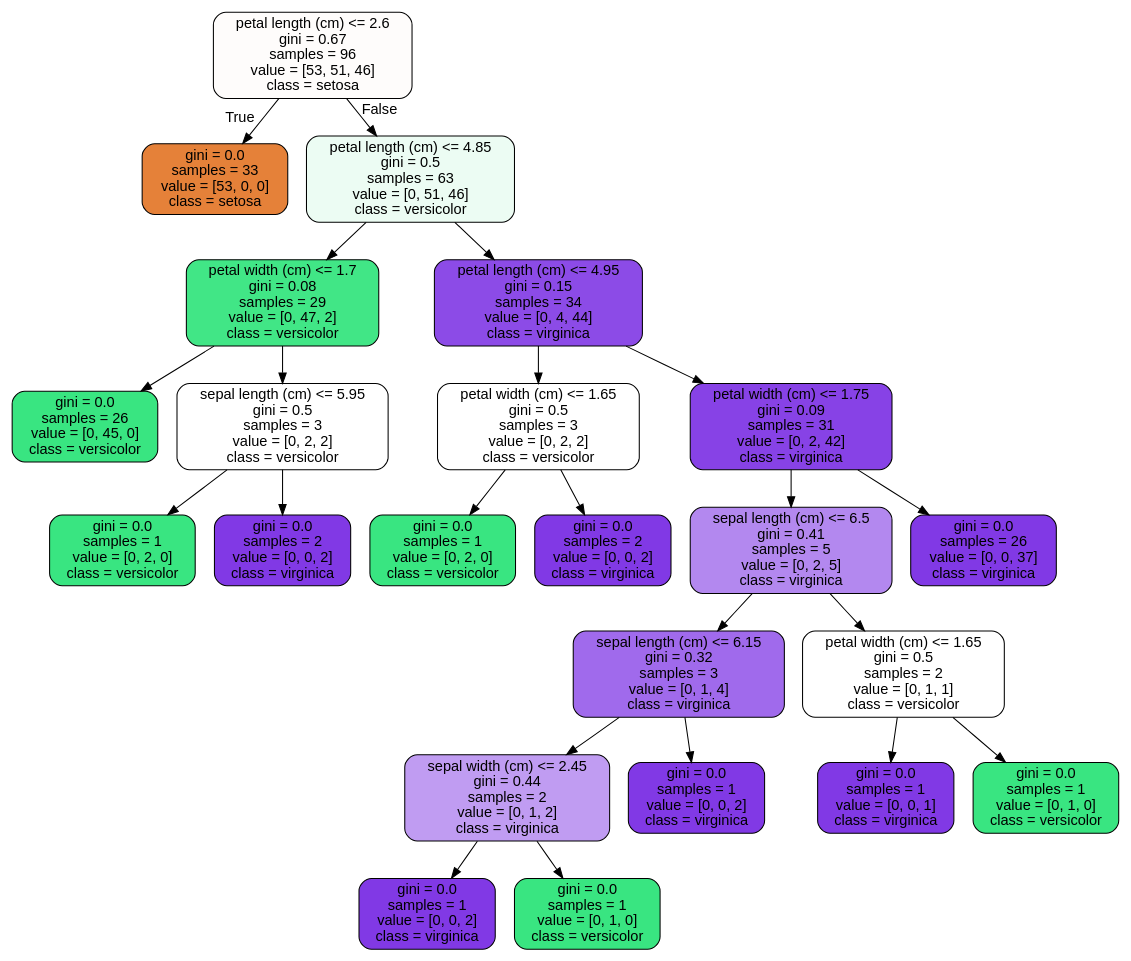
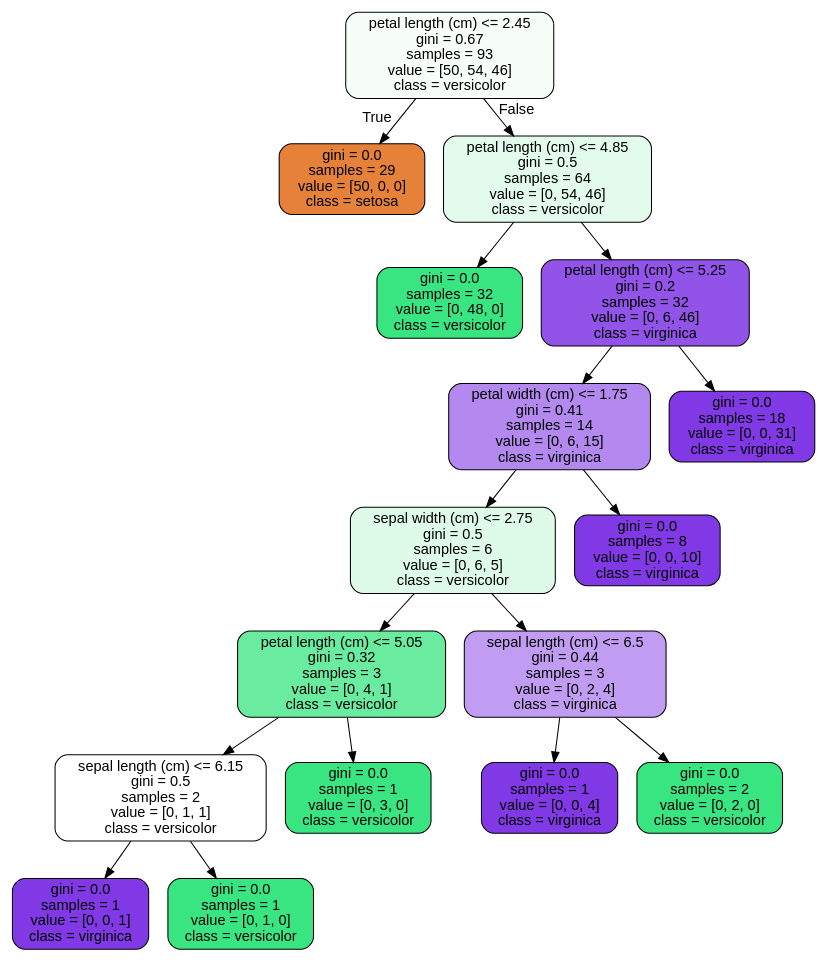
Before and after one commit to OCD0505/Springboard: the diagram in Springboard - Unit 14.4 - RandomForest Covid Case Study_06302020/tree.dot, drawn with Graphviz. The commit also changed 2 other files, not shown here.

```diff
--- a/Springboard - Unit 14.4 - RandomForest Covid Case Study_06302020/tree.dot
+++ b/Springboard - Unit 14.4 - RandomForest Covid Case Study_06302020/tree.dot
@@ -1,49 +1,37 @@
 digraph Tree {
 node [shape=box, style="filled, rounded", color="black", fontname="helvetica"] ;
 edge [fontname="helvetica"] ;
-0 [label="petal length (cm) <= 2.6\ngini = 0.67\nsamples = 96\nvalue = [53, 51, 46]\nclass = setosa", fillcolor="#fefcfb"] ;
-1 [label="gini = 0.0\nsamples = 33\nvalue = [53, 0, 0]\nclass = setosa", fillcolor="#e58139"] ;
+0 [label="petal length (cm) <= 2.45\ngini = 0.67\nsamples = 93\nvalue = [50, 54, 46]\nclass = versicolor", fillcolor="#f7fefa"] ;
+1 [label="gini = 0.0\nsamples = 29\nvalue = [50, 0, 0]\nclass = setosa", fillcolor="#e58139"] ;
 0 -> 1 [labeldistance=2.5, labelangle=45, headlabel="True"] ;
-2 [label="petal length (cm) <= 4.85\ngini = 0.5\nsamples = 63\nvalue = [0, 51, 46]\nclass = versicolor", fillcolor="#ecfcf3"] ;
+2 [label="petal length (cm) <= 4.85\ngini = 0.5\nsamples = 64\nvalue = [0, 54, 46]\nclass = versicolor", fillcolor="#e2fbec"] ;
 0 -> 2 [labeldistance=2.5, labelangle=-45, headlabel="False"] ;
-3 [label="petal width (cm) <= 1.7\ngini = 0.08\nsamples = 29\nvalue = [0, 47, 2]\nclass = versicolor", fillcolor="#41e686"] ;
+3 [label="gini = 0.0\nsamples = 32\nvalue = [0, 48, 0]\nclass = versicolor", fillcolor="#39e581"] ;
 2 -> 3 ;
-4 [label="gini = 0.0\nsamples = 26\nvalue = [0, 45, 0]\nclass = versicolor", fillcolor="#39e581"] ;
-3 -> 4 ;
-5 [label="sepal length (cm) <= 5.95\ngini = 0.5\nsamples = 3\nvalue = [0, 2, 2]\nclass = versicolor", fillcolor="#ffffff"] ;
-3 -> 5 ;
-6 [label="gini = 0.0\nsamples = 1\nvalue = [0, 2, 0]\nclass = versicolor", fillcolor="#39e581"] ;
+4 [label="petal length (cm) <= 5.25\ngini = 0.2\nsamples = 32\nvalue = [0, 6, 46]\nclass = virginica", fillcolor="#9153e8"] ;
+2 -> 4 ;
+5 [label="petal width (cm) <= 1.75\ngini = 0.41\nsamples = 14\nvalue = [0, 6, 15]\nclass = virginica", fillcolor="#b388ef"] ;
+4 -> 5 ;
+6 [label="sepal width (cm) <= 2.75\ngini = 0.5\nsamples = 6\nvalue = [0, 6, 5]\nclass = versicolor", fillcolor="#defbea"] ;
 5 -> 6 ;
-7 [label="gini = 0.0\nsamples = 2\nvalue = [0, 0, 2]\nclass = virginica", fillcolor="#8139e5"] ;
-5 -> 7 ;
-8 [label="petal length (cm) <= 4.95\ngini = 0.15\nsamples = 34\nvalue = [0, 4, 44]\nclass = virginica", fillcolor="#8c4be7"] ;
-2 -> 8 ;
-9 [label="petal width (cm) <= 1.65\ngini = 0.5\nsamples = 3\nvalue = [0, 2, 2]\nclass = versicolor", fillcolor="#ffffff"] ;
+7 [label="petal length (cm) <= 5.05\ngini = 0.32\nsamples = 3\nvalue = [0, 4, 1]\nclass = versicolor", fillcolor="#6aeca0"] ;
+6 -> 7 ;
+8 [label="sepal length (cm) <= 6.15\ngini = 0.5\nsamples = 2\nvalue = [0, 1, 1]\nclass = versicolor", fillcolor="#ffffff"] ;
+7 -> 8 ;
+9 [label="gini = 0.0\nsamples = 1\nvalue = [0, 0, 1]\nclass = virginica", fillcolor="#8139e5"] ;
 8 -> 9 ;
-10 [label="gini = 0.0\nsamples = 1\nvalue = [0, 2, 0]\nclass = versicolor", fillcolor="#39e581"] ;
-9 -> 10 ;
-11 [label="gini = 0.0\nsamples = 2\nvalue = [0, 0, 2]\nclass = virginica", fillcolor="#8139e5"] ;
-9 -> 11 ;
-12 [label="petal width (cm) <= 1.75\ngini = 0.09\nsamples = 31\nvalue = [0, 2, 42]\nclass = virginica", fillcolor="#8742e6"] ;
-8 -> 12 ;
-13 [label="sepal length (cm) <= 6.5\ngini = 0.41\nsamples = 5\nvalue = [0, 2, 5]\nclass = virginica", fillcolor="#b388ef"] ;
+10 [label="gini = 0.0\nsamples = 1\nvalue = [0, 1, 0]\nclass = versicolor", fillcolor="#39e581"] ;
+8 -> 10 ;
+11 [label="gini = 0.0\nsamples = 1\nvalue = [0, 3, 0]\nclass = versicolor", fillcolor="#39e581"] ;
+7 -> 11 ;
+12 [label="sepal length (cm) <= 6.5\ngini = 0.44\nsamples = 3\nvalue = [0, 2, 4]\nclass = virginica", fillcolor="#c09cf2"] ;
+6 -> 12 ;
+13 [label="gini = 0.0\nsamples = 1\nvalue = [0, 0, 4]\nclass = virginica", fillcolor="#8139e5"] ;
 12 -> 13 ;
-14 [label="sepal length (cm) <= 6.15\ngini = 0.32\nsamples = 3\nvalue = [0, 1, 4]\nclass = virginica", fillcolor="#a06aec"] ;
-13 -> 14 ;
-15 [label="sepal width (cm) <= 2.45\ngini = 0.44\nsamples = 2\nvalue = [0, 1, 2]\nclass = virginica", fillcolor="#c09cf2"] ;
-14 -> 15 ;
-16 [label="gini = 0.0\nsamples = 1\nvalue = [0, 0, 2]\nclass = virginica", fillcolor="#8139e5"] ;
-15 -> 16 ;
-17 [label="gini = 0.0\nsamples = 1\nvalue = [0, 1, 0]\nclass = versicolor", fillcolor="#39e581"] ;
-15 -> 17 ;
-18 [label="gini = 0.0\nsamples = 1\nvalue = [0, 0, 2]\nclass = virginica", fillcolor="#8139e5"] ;
-14 -> 18 ;
-19 [label="petal width (cm) <= 1.65\ngini = 0.5\nsamples = 2\nvalue = [0, 1, 1]\nclass = versicolor", fillcolor="#ffffff"] ;
-13 -> 19 ;
-20 [label="gini = 0.0\nsamples = 1\nvalue = [0, 0, 1]\nclass = virginica", fillcolor="#8139e5"] ;
-19 -> 20 ;
-21 [label="gini = 0.0\nsamples = 1\nvalue = [0, 1, 0]\nclass = versicolor", fillcolor="#39e581"] ;
-19 -> 21 ;
-22 [label="gini = 0.0\nsamples = 26\nvalue = [0, 0, 37]\nclass = virginica", fillcolor="#8139e5"] ;
-12 -> 22 ;
+14 [label="gini = 0.0\nsamples = 2\nvalue = [0, 2, 0]\nclass = versicolor", fillcolor="#39e581"] ;
+12 -> 14 ;
+15 [label="gini = 0.0\nsamples = 8\nvalue = [0, 0, 10]\nclass = virginica", fillcolor="#8139e5"] ;
+5 -> 15 ;
+16 [label="gini = 0.0\nsamples = 18\nvalue = [0, 0, 31]\nclass = virginica", fillcolor="#8139e5"] ;
+4 -> 16 ;
 }
```
